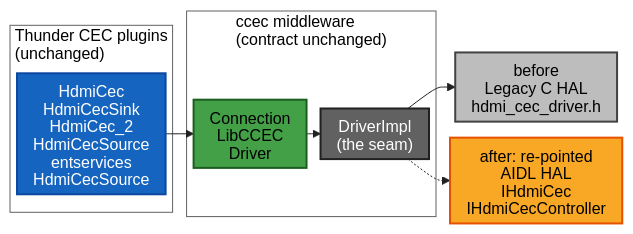
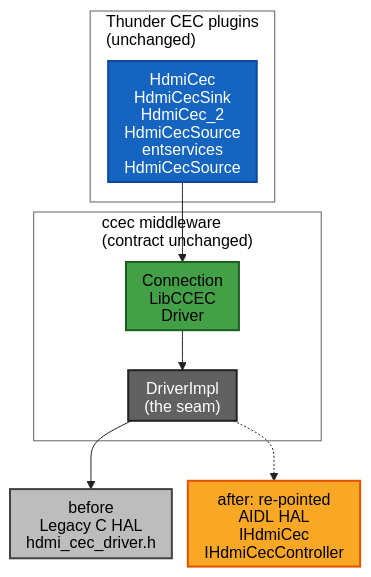
Before and after one commit to Blitzy-Sky/rdk-halif-aidl: the first of 3 diagrams in hdmicec/current/docs/migration_mapping.md, drawn with Mermaid. The commit also changed other lines of this file, not shown here.

````diff
--- a/hdmicec/current/docs/migration_mapping.md
+++ b/hdmicec/current/docs/migration_mapping.md
@@ -69,29 +71,31 @@
 ```mermaid
-%%{init: {"theme":"default","htmlLabels":false,"themeVariables":{"textColor":"#000000","clusterBkg":"#FFFFFF","clusterBorder":"#616161","lineColor":"#212121"},"flowchart":{"htmlLabels":false,"nodeSpacing":16,"rankSpacing":14,"padding":8,"subGraphTitleMargin":{"top":0,"bottom":30},"diagramPadding":4}}}%%
-flowchart LR
+%%{init: {"theme":"default","htmlLabels":false,"themeVariables":{"textColor":"#000000","clusterBkg":"#FFFFFF","clusterBorder":"#616161","lineColor":"#212121"},"flowchart":{"htmlLabels":false,"nodeSpacing":16,"rankSpacing":40,"padding":8,"subGraphTitleMargin":{"top":0,"bottom":30},"diagramPadding":4}}}%%
+flowchart TD
+    accTitle: Before and after the DriverImpl seam re-point
+    accDescr: The five Thunder CEC plugins call the ccec public contract of Connection, LibCCEC and Driver, which calls DriverImpl, the seam. DriverImpl binds to the legacy C HAL hdmi_cec_driver.h today, drawn as a solid edge labelled before, and binds to the AIDL HAL interfaces IHdmiCec and IHdmiCecController after migration, drawn as a dotted edge labelled after, re-pointed. Only that one binding changes: the plugin layer and the ccec contract layer are untouched.
     subgraph PLUGINS["Thunder CEC plugins<br/>(unchanged)"]
         P["HdmiCec<br/>HdmiCecSink<br/>HdmiCec_2<br/>HdmiCecSource<br/>entservices<br/>HdmiCecSource"]
     end
     subgraph CCEC["ccec middleware<br/>(contract unchanged)"]
         CONN["Connection<br/>LibCCEC<br/>Driver"]
         DRV["DriverImpl<br/>(the seam)"]
     end
     OLD["before<br/>Legacy C HAL<br/>hdmi_cec_driver.h"]
     NEW["after: re-pointed<br/>AIDL HAL<br/>IHdmiCec<br/>IHdmiCecController"]
     P --> CONN --> DRV
     DRV --> OLD
     DRV -.-> NEW
     classDef plugin fill:#1565C0,stroke:#0D47A1,stroke-width:2px,color:#FFFFFF;
     classDef mw fill:#43A047,stroke:#1B5E20,stroke-width:2px,color:#000000;
     classDef seam fill:#616161,stroke:#212121,stroke-width:2px,color:#FFFFFF;
     classDef legacy fill:#BDBDBD,stroke:#424242,stroke-width:2px,color:#000000;
     classDef aidl fill:#F9A825,stroke:#E65100,stroke-width:2px,color:#000000;
     classDef group fill:#FFFFFF,stroke:#616161,stroke-width:1px,color:#000000;
     P:::plugin
     CONN:::mw
     DRV:::seam
     OLD:::legacy
     NEW:::aidl
     PLUGINS:::group
     CCEC:::group
 ```
````
